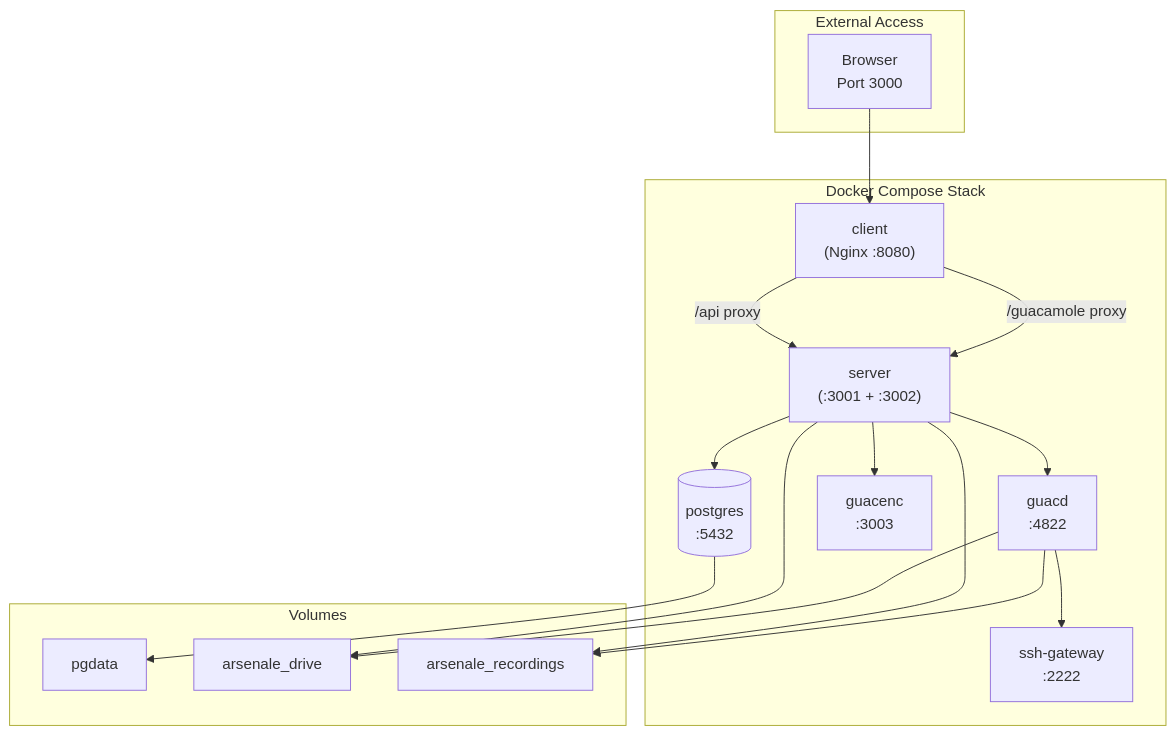
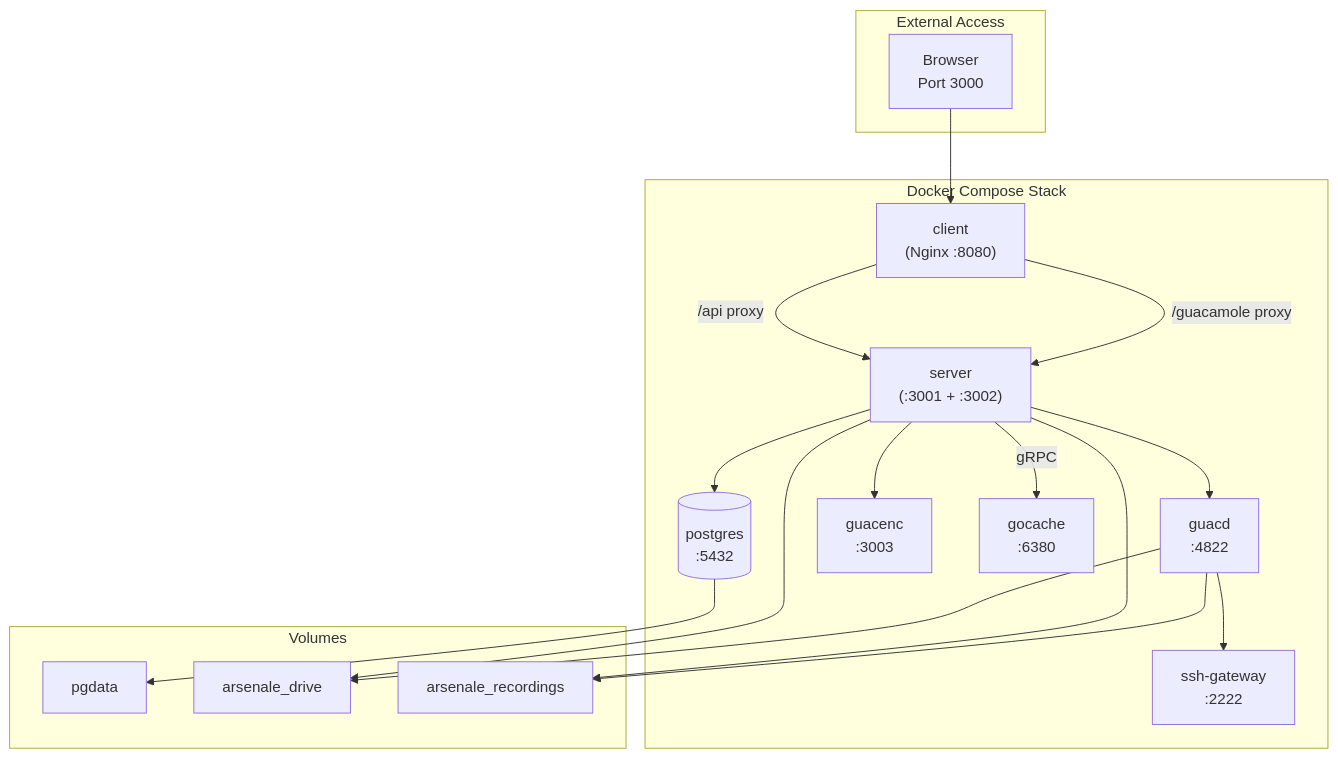
One commit to dnviti/remote-desktop-manager changed the first of 3 diagrams in docs/deployment.md. Above: the diagram before and after it, drawn with Mermaid. The commit also changed other lines of this file and 29 other files, not shown here.

First line of the commit message:
feat(gocache): integrate Go cache sidecar with server — Socket.IO, vault, auth, rate limits, leader election (GOCACHE-2107)

````diff
--- a/docs/deployment.md
+++ b/docs/deployment.md
@@ -34,35 +34,37 @@
 ```mermaid
 flowchart TD
     subgraph External["External Access"]
         Browser["Browser<br/>Port 3000"]
     end
 
     subgraph Stack["Docker Compose Stack"]
         Client["client<br/>(Nginx :8080)"]
         Server["server<br/>(:3001 + :3002)"]
         Postgres[(postgres<br/>:5432)]
         GuacD["guacd<br/>:4822"]
         GuacEnc["guacenc<br/>:3003"]
         SSHGw["ssh-gateway<br/>:2222"]
+        GoCache["gocache<br/>:6380"]
     end
 
     Browser --> Client
     Client -->|/api proxy| Server
     Client -->|/guacamole proxy| Server
     Server --> Postgres
+    Server -->|gRPC| GoCache
     Server --> GuacD
     Server --> GuacEnc
     GuacD --> SSHGw
 
     subgraph Volumes
         pgdata["pgdata"]
         drive["arsenale_drive"]
         recordings["arsenale_recordings"]
     end
 
     Postgres --> pgdata
     Server --> drive
     Server --> recordings
     GuacD --> drive
     GuacD --> recordings
 ```
````
